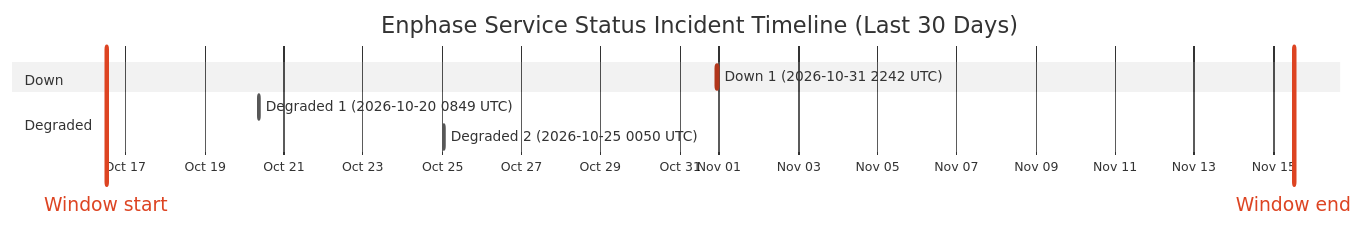
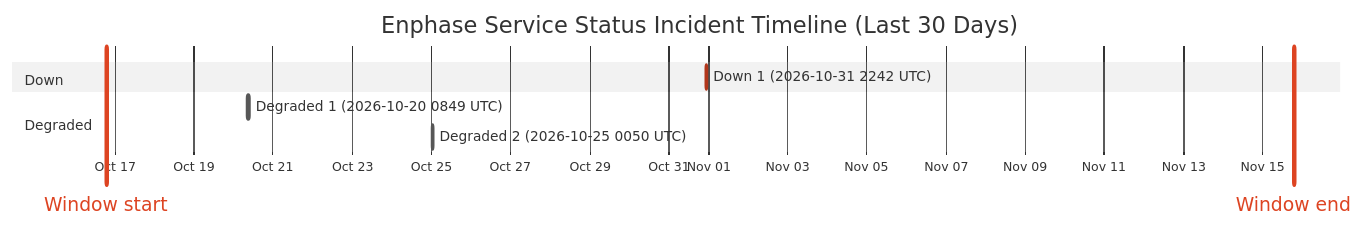
The diagram in wiki/Service-Status-History.md (barneyonline/ha-enphase-energy), drawn with Mermaid (neutral theme) before and after one commit. The commit also changed other lines of this file and 3 other files, not shown here.

````diff
--- a/wiki/Service-Status-History.md
+++ b/wiki/Service-Status-History.md
@@ -14,13 +14,13 @@
 ```mermaid
 gantt
     title Enphase Service Status Incident Timeline (Last 30 Days)
     dateFormat  YYYY-MM-DDTHH:mm:ss
     axisFormat  %b %d
-    Window start :vert, window-start, 2026-10-16T12:29:41, 0ms
-    Window end :vert, window-end, 2026-11-15T12:29:41, 0ms
+    Window start :vert, window-start, 2026-10-16T19:02:50, 0ms
+    Window end :vert, window-end, 2026-11-15T19:02:50, 0ms
     section Down
     Down 1 (2026-10-31 2242 UTC) :crit, down-1, 2026-10-31T22:42:18, 60m
     section Degraded
     Degraded 1 (2026-10-20 0849 UTC) :active, degraded-1, 2026-10-20T08:49:49, 60m
     Degraded 2 (2026-10-25 0050 UTC) :active, degraded-2, 2026-10-25T00:50:01, 60m
 ```
````
